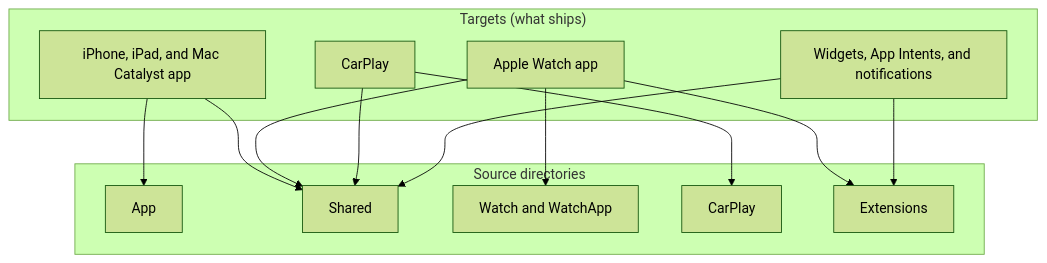
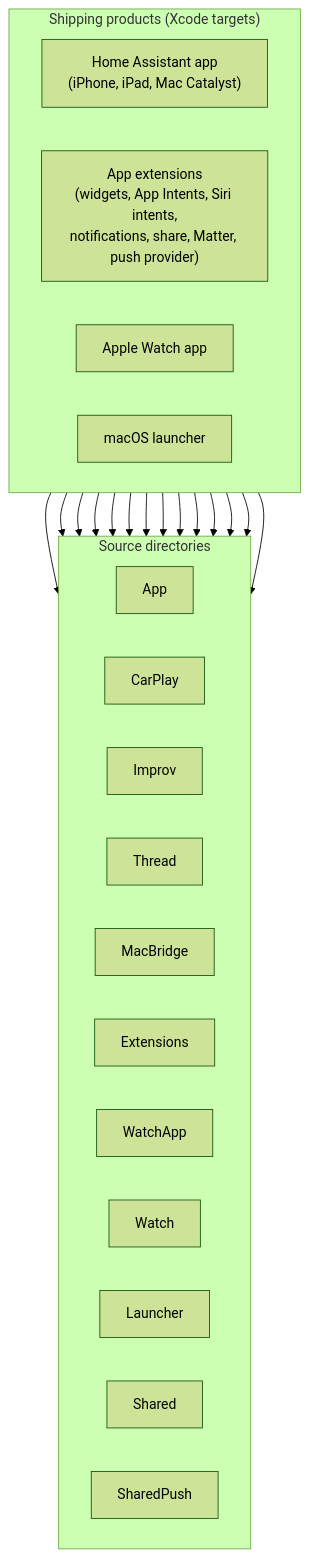
One commit to home-assistant/developers.home-assistant changed the diagram in docs/apple/architecture.md. Above: the diagram before and after it, drawn with Mermaid (forest theme). The commit also changed other lines of this file, not shown here.

````diff
--- a/docs/apple/architecture.md
+++ b/docs/apple/architecture.md
@@ -109,33 +109,55 @@
 ```mermaid
 graph TB;
-    subgraph Targets["Targets (what ships)"]
-        AppTarget[iPhone, iPad, and Mac Catalyst app]
-        WatchTarget[Apple Watch app]
-        CarPlayTarget[CarPlay]
-        ExtTarget[Widgets, App Intents, and notifications]
+    subgraph Products["Shipping products (Xcode targets)"]
+        direction LR
+        AppProduct["Home Assistant app<br/>(iPhone, iPad, Mac Catalyst)"]
+        AppExts["App extensions<br/>(widgets, App Intents, Siri intents,<br/>notifications, share, Matter, push provider)"]
+        WatchProduct["Apple Watch app"]
+        LauncherProduct["macOS launcher"]
     end
 
     subgraph Code["Source directories"]
-        App[App]
-        Shared[Shared]
-        Watch[Watch and WatchApp]
-        CarPlay[CarPlay]
-        Extensions[Extensions]
+        direction LR
+        SrcApp[App]
+        SrcCarPlay[CarPlay]
+        SrcImprov[Improv]
+        SrcThread[Thread]
+        SrcMacBridge[MacBridge]
+        SrcExtensions[Extensions]
+        SrcWatchApp[WatchApp]
+        SrcWatch[Watch]
+        SrcLauncher[Launcher]
+        SrcShared[Shared]
+        SrcSharedPush[SharedPush]
     end
 
-    AppTarget --> App
-    AppTarget --> Shared
-    WatchTarget --> Watch
-    WatchTarget --> Extensions
-    WatchTarget --> Shared
-    CarPlayTarget --> CarPlay
-    CarPlayTarget --> Shared
-    ExtTarget --> Extensions
-    ExtTarget --> Shared
+    AppProduct --> SrcApp
+    AppProduct --> SrcCarPlay
+    AppProduct --> SrcImprov
+    AppProduct --> SrcThread
+    AppProduct --> SrcMacBridge
+    AppProduct --> SrcShared
+    AppProduct --> SrcSharedPush
 
-    click App "https://github.com/home-assistant/iOS/tree/main/Sources/App" "Open Sources/App on GitHub"
-    click Shared "https://github.com/home-assistant/iOS/tree/main/Sources/Shared" "Open Sources/Shared on GitHub"
-    click Watch "https://github.com/home-assistant/iOS/tree/main/Sources/Watch" "Open Sources/Watch on GitHub"
-    click CarPlay "https://github.com/home-assistant/iOS/tree/main/Sources/CarPlay" "Open Sources/CarPlay on GitHub"
-    click Extensions "https://github.com/home-assistant/iOS/tree/main/Sources/Extensions" "Open Sources/Extensions on GitHub"
+    AppExts --> SrcExtensions
+    AppExts --> SrcShared
+    AppExts --> SrcSharedPush
+
+    WatchProduct --> SrcWatchApp
+    WatchProduct --> SrcWatch
+    WatchProduct --> SrcShared
+
+    LauncherProduct --> SrcLauncher
+
+    click SrcApp "https://github.com/home-assistant/iOS/tree/main/Sources/App" "Open Sources/App on GitHub"
+    click SrcCarPlay "https://github.com/home-assistant/iOS/tree/main/Sources/CarPlay" "Open Sources/CarPlay on GitHub"
+    click SrcImprov "https://github.com/home-assistant/iOS/tree/main/Sources/Improv" "Open Sources/Improv on GitHub"
+    click SrcThread "https://github.com/home-assistant/iOS/tree/main/Sources/Thread" "Open Sources/Thread on GitHub"
+    click SrcMacBridge "https://github.com/home-assistant/iOS/tree/main/Sources/MacBridge" "Open Sources/MacBridge on GitHub"
+    click SrcExtensions "https://github.com/home-assistant/iOS/tree/main/Sources/Extensions" "Open Sources/Extensions on GitHub"
+    click SrcWatchApp "https://github.com/home-assistant/iOS/tree/main/Sources/WatchApp" "Open Sources/WatchApp on GitHub"
+    click SrcWatch "https://github.com/home-assistant/iOS/tree/main/Sources/Watch" "Open Sources/Watch on GitHub"
+    click SrcLauncher "https://github.com/home-assistant/iOS/tree/main/Sources/Launcher" "Open Sources/Launcher on GitHub"
+    click SrcShared "https://github.com/home-assistant/iOS/tree/main/Sources/Shared" "Open Sources/Shared on GitHub"
+    click SrcSharedPush "https://github.com/home-assistant/iOS/tree/main/Sources/SharedPush" "Open Sources/SharedPush on GitHub"
 ```
````
